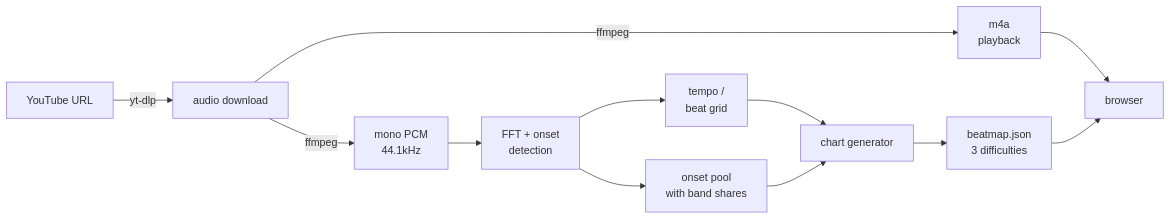
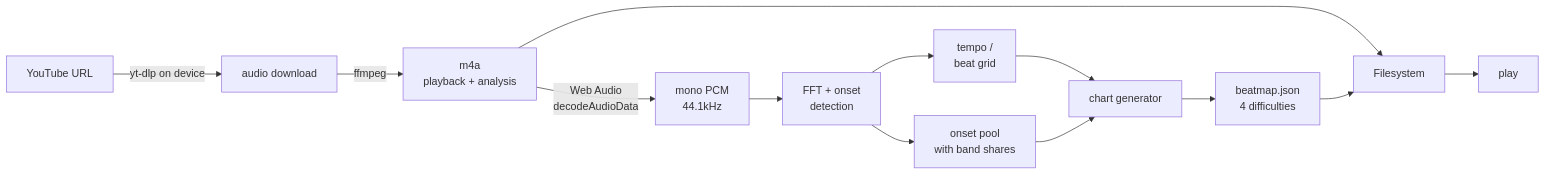
One commit to avihaymenahem/tap-tap changed the diagram in README.md. Above: the diagram before and after it, drawn with Mermaid. The commit also changed other lines of this file, not shown here.

````diff
--- a/README.md
+++ b/README.md
@@ -103,14 +136,15 @@
 ```mermaid
 flowchart LR
-    A[YouTube URL] -->|yt-dlp| B[audio download]
-    B -->|ffmpeg| C[mono PCM<br/>44.1kHz]
-    B -->|ffmpeg| D[m4a<br/>playback]
+    A[YouTube URL] -->|yt-dlp on device| B[audio download]
+    B -->|ffmpeg| D[m4a<br/>playback + analysis]
+    D -->|Web Audio<br/>decodeAudioData| C[mono PCM<br/>44.1kHz]
     C --> E[FFT + onset<br/>detection]
     E --> F[tempo /<br/>beat grid]
     E --> G[onset pool<br/>with band shares]
     F --> H[chart generator]
     G --> H
-    H --> I[beatmap.json<br/>3 difficulties]
-    D --> J[browser]
+    H --> I[beatmap.json<br/>4 difficulties]
+    D --> J[Filesystem]
     I --> J
+    J --> K[play]
 ```
````
